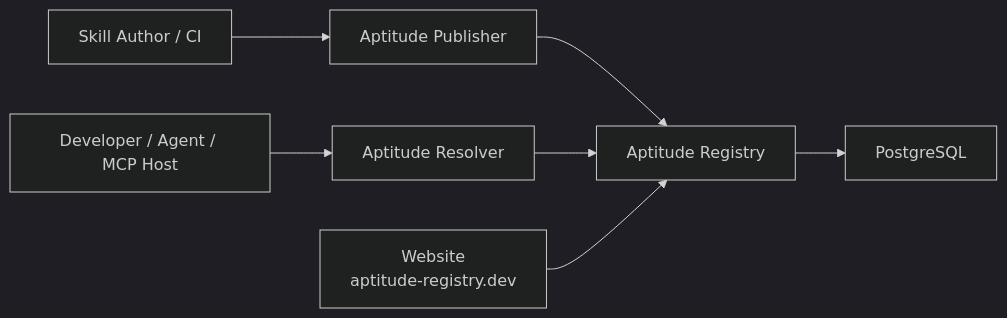
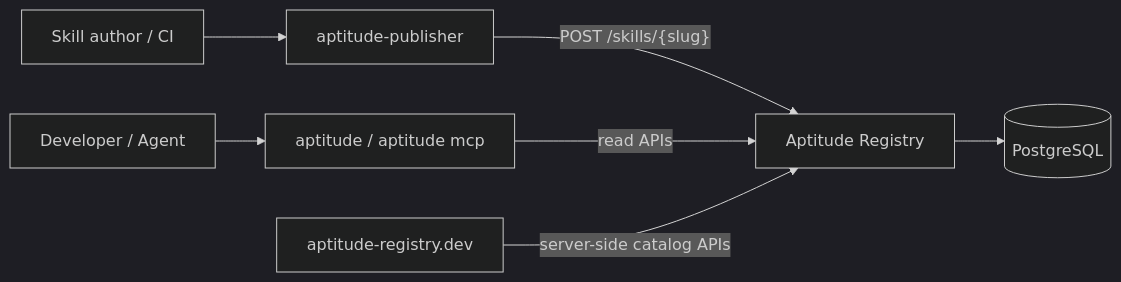
The diagram in README.md (aptitude-stack/docs), drawn with Mermaid (dark theme) before and after one commit. The commit also changed other lines of this file and 11 other files, not shown here.

````diff
--- a/README.md
+++ b/README.md
@@ -107,9 +76,9 @@
 ```mermaid
 flowchart LR
-    Author["Skill Author / CI"] --> Publisher["Aptitude Publisher"]
-    User["Developer / Agent / MCP Host"] --> Resolver["Aptitude Resolver"]
-    Publisher --> Registry["Aptitude Registry"]
-    Resolver --> Registry
-    Registry --> DB["PostgreSQL"]
-    Web["Website\naptitude-registry.dev"] --> Registry
+    Author["Skill author / CI"] --> Publisher["aptitude-publisher"]
+    Publisher -->|"POST /skills/{slug}"| Registry["Aptitude Registry"]
+    User["Developer / Agent"] --> Resolver["aptitude / aptitude mcp"]
+    Resolver -->|"read APIs"| Registry
+    Website["aptitude-registry.dev"] -->|"server-side catalog APIs"| Registry
+    Registry --> DB[("PostgreSQL")]
 ```
````
